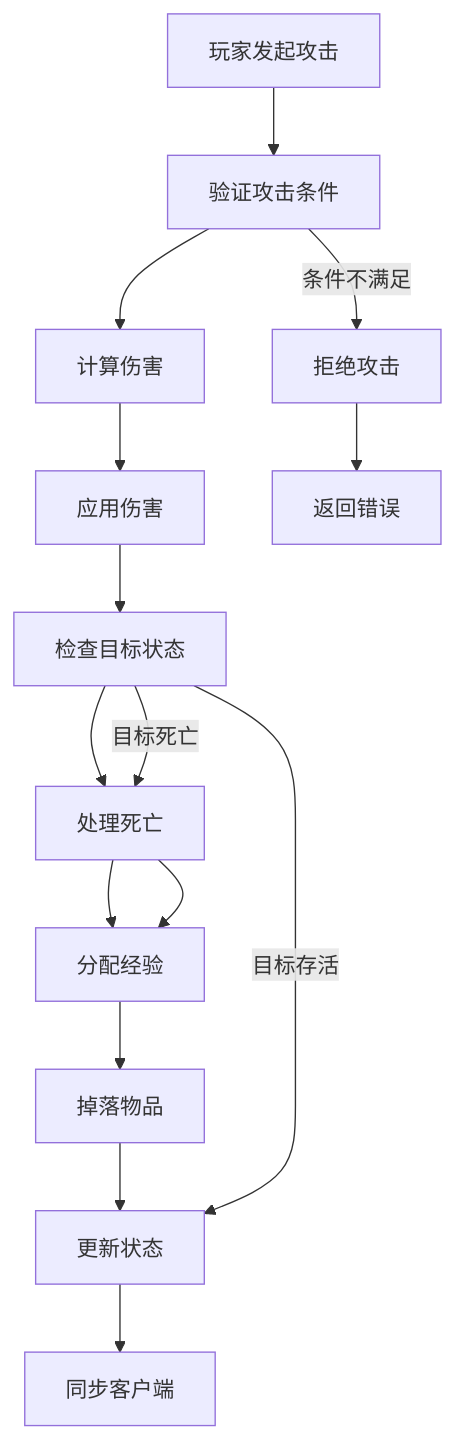
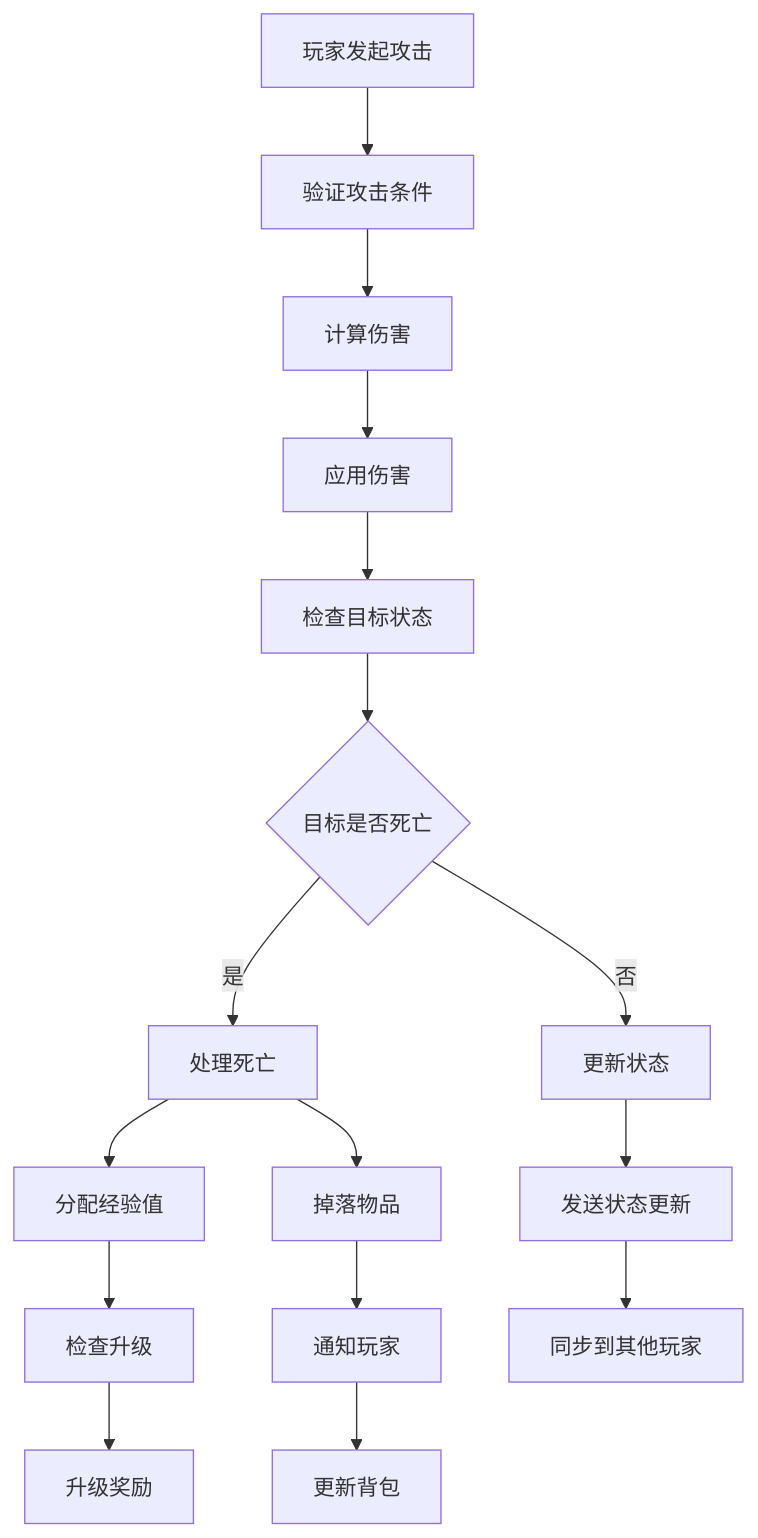
One commit to martin-ly/rust-lang changed the second of 3 diagrams in docs/industry_domains/game_development/business_modeling.md. Above: the diagram before and after it, drawn with Mermaid. The commit also changed other lines of this file and 2 other files, not shown here.

````diff
--- a/docs/industry_domains/game_development/business_modeling.md
+++ b/docs/industry_domains/game_development/business_modeling.md
@@ -651,19 +501,18 @@
 ```mermaid
 graph TD
     A[玩家发起攻击] --> B[验证攻击条件]
     B --> C[计算伤害]
     C --> D[应用伤害]
     D --> E[检查目标状态]
-    E --> F[处理死亡]
-    F --> G[分配经验]
-    G --> H[掉落物品]
-    H --> I[更新状态]
-    I --> J[同步客户端]
-    
-    B -->|条件不满足| K[拒绝攻击]
-    E -->|目标死亡| F
-    E -->|目标存活| I
-    
-    K --> L[返回错误]
-    F --> G
+    E --> F{目标是否死亡}
+    F -->|是| G[处理死亡]
+    F -->|否| H[更新状态]
+    G --> I[分配经验值]
+    G --> J[掉落物品]
+    H --> K[发送状态更新]
+    I --> L[检查升级]
+    J --> M[通知玩家]
+    K --> N[同步到其他玩家]
+    L --> O[升级奖励]
+    M --> P[更新背包]
 ```
````
